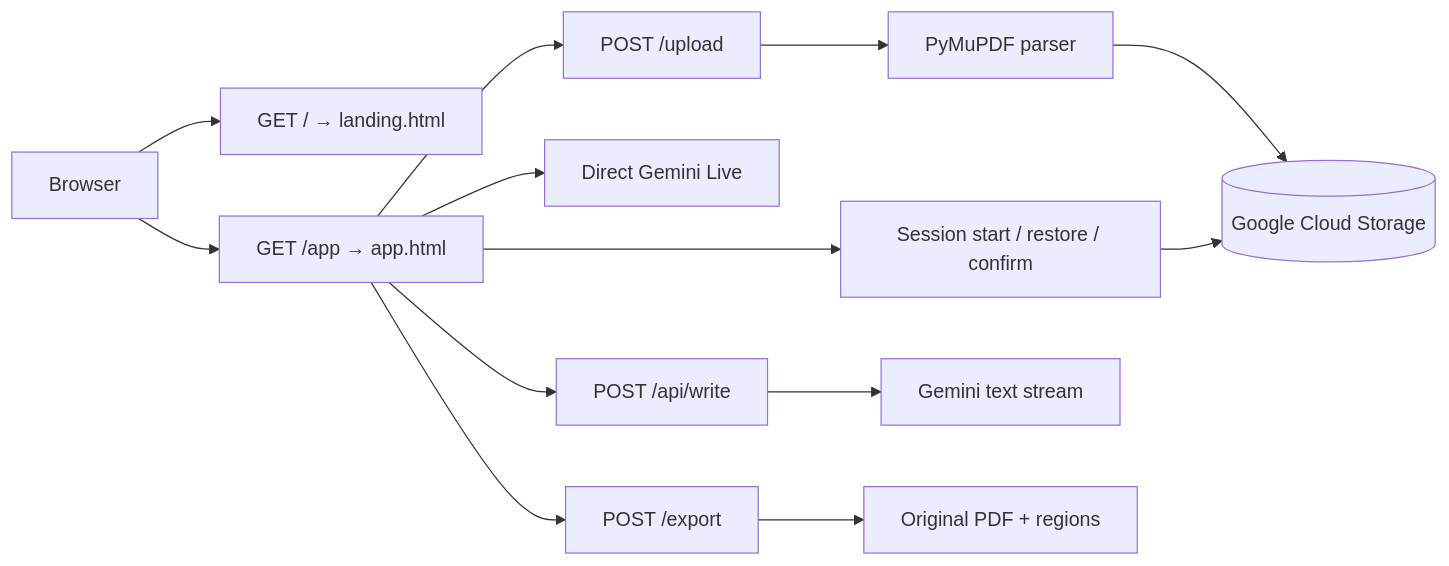
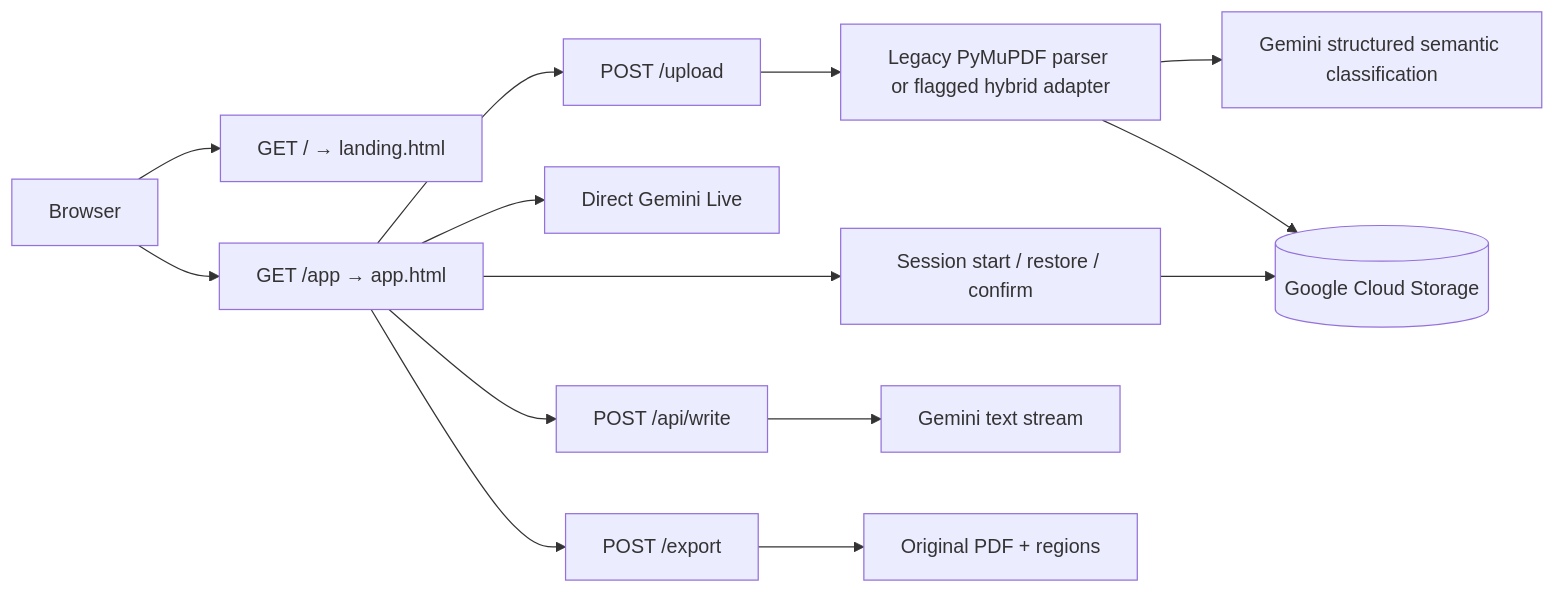
The diagram in README.md (ChimdumebiNebolisa/Claros), drawn with Mermaid before and after one commit. The commit also changed other lines of this file and 37 other files, not shown here.

````diff
--- a/README.md
+++ b/README.md
@@ -62,15 +62,16 @@
 ```mermaid
 flowchart LR
   Browser[Browser] --> Landing[GET / → landing.html]
   Browser --> App[GET /app → app.html]
   App --> Upload[POST /upload]
-  Upload --> Parser[PyMuPDF parser]
+  Upload --> Parser[Legacy PyMuPDF parser or flagged hybrid adapter]
+  Parser --> Semantics[Gemini structured semantic classification]
   Parser --> Storage[(Google Cloud Storage)]
   App --> Session[Session start / restore / confirm]
   Session --> Storage
   App --> Live[Direct Gemini Live]
   App --> Write[POST /api/write]
   Write --> Gemini[Gemini text stream]
   App --> Export[POST /export]
   Export --> PDF[Original PDF + regions]
 ```
````
